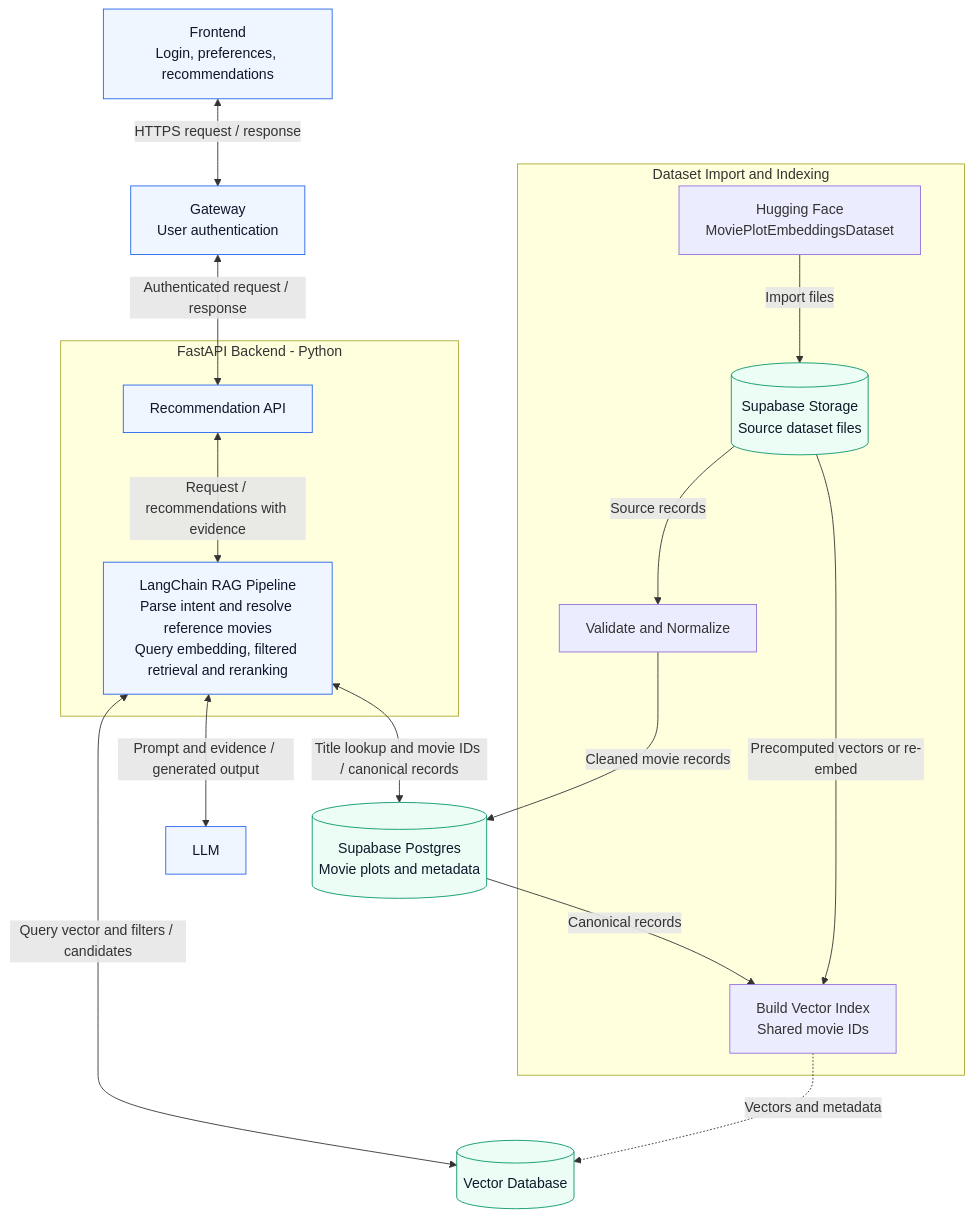
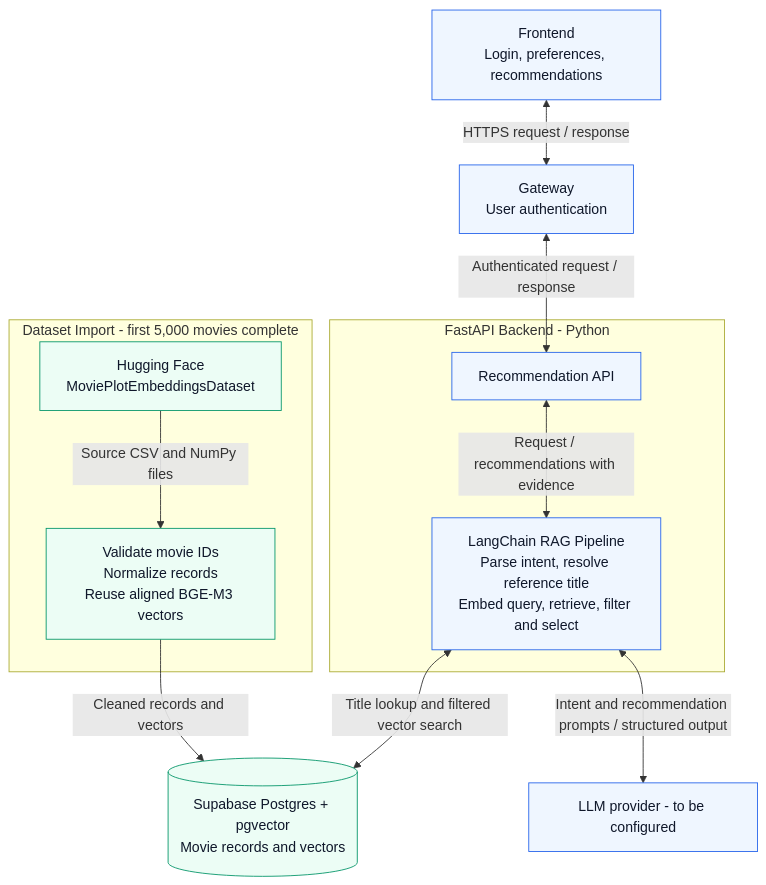
The diagram in figures/system-architecture.mmd (Ed1sonL1-byte/v-me-50), drawn with Mermaid before and after one commit. The commit also changed 22 other files, not shown here.

Commit message:
Implement LangChain movie recommendation core and Supabase catalog

```diff
--- a/figures/system-architecture.mmd
+++ b/figures/system-architecture.mmd
@@ -1,31 +1,24 @@
 flowchart TB
     frontend["Frontend<br/>Login, preferences, recommendations"]
     gateway["Gateway<br/>User authentication"]
     subgraph backend["FastAPI Backend - Python"]
         api["Recommendation API"]
-        chain["LangChain RAG Pipeline<br/>Parse intent and resolve reference movies<br/>Query embedding, filtered retrieval and reranking"]
+        chain["LangChain RAG Pipeline<br/>Parse intent, resolve reference title<br/>Embed query, retrieve, filter and select"]
         api <-->|Request / recommendations with evidence| chain
     end
     frontend <-->|HTTPS request / response| gateway
     gateway <-->|Authenticated request / response| api
-    chain <-->|Query vector and filters / candidates| vector[("Vector Database")]
-    chain <-->|Prompt and evidence / generated output| llm["LLM"]
-    chain <-->|Title lookup and movie IDs / canonical records| postgres[("Supabase Postgres<br/>Movie plots and metadata")]
+    chain <-->|Title lookup and filtered vector search| postgres[("Supabase Postgres + pgvector<br/>Movie records and vectors")]
+    chain <-->|Intent and recommendation prompts / structured output| llm["LLM provider - to be configured"]
 
-    subgraph ingestion["Dataset Import and Indexing"]
+    subgraph ingestion["Dataset Import - first 5,000 movies complete"]
         dataset["Hugging Face<br/>MoviePlotEmbeddingsDataset"]
-        storage[("Supabase Storage<br/>Source dataset files")]
-        clean["Validate and Normalize"]
-        indexer["Build Vector Index<br/>Shared movie IDs"]
-        dataset -->|Import files| storage
-        storage -->|Source records| clean
+        clean["Validate movie IDs<br/>Normalize records<br/>Reuse aligned BGE-M3 vectors"]
+        dataset -->|Source CSV and NumPy files| clean
     end
-    clean -->|Cleaned movie records| postgres
-    postgres -->|Canonical records| indexer
-    storage -->|Precomputed vectors or re-embed| indexer
-    indexer -.->|Vectors and metadata| vector
+    clean -->|Cleaned records and vectors| postgres
 
     classDef service fill:#eff6ff,stroke:#2563eb,color:#0f172a
     classDef data fill:#ecfdf5,stroke:#059669,color:#0f172a
     class frontend,gateway,api,chain,llm service
-    class vector,postgres,storage data
+    class postgres,dataset,clean data
```
